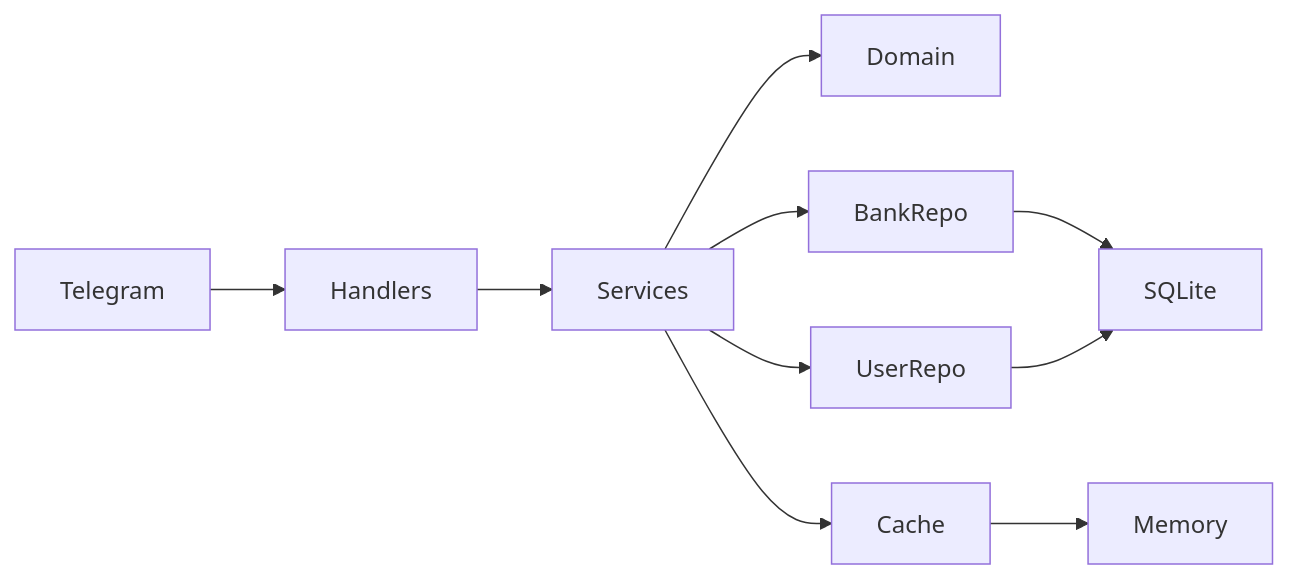
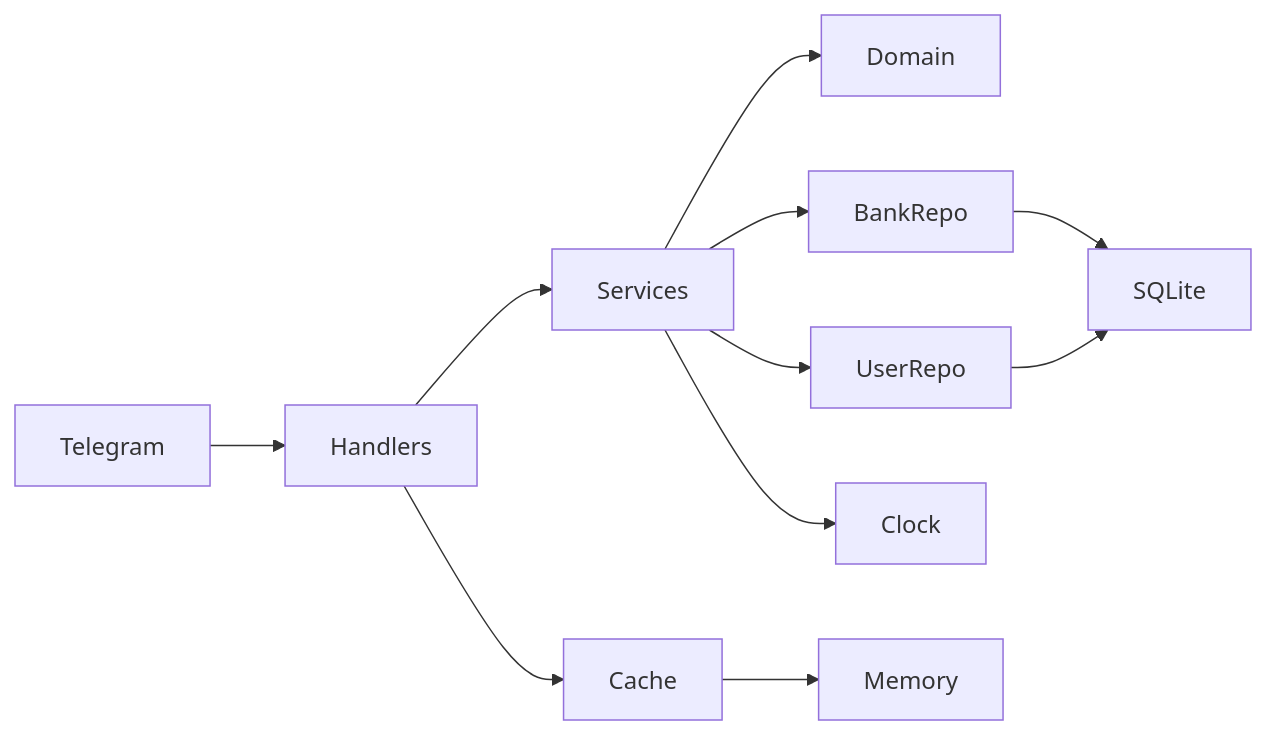
The diagram in plan.md (undochlorine/finbot), drawn with Mermaid before and after one commit. The commit also changed other lines of this file and 26 other files, not shown here.

````diff
--- a/plan.md
+++ b/plan.md
@@ -90,12 +93,13 @@
 ```mermaid
 flowchart LR
   TG[Telegram] --> Handlers
   Handlers --> Services
   Services --> Domain
   Services --> BankRepo
   Services --> UserRepo
-  Services --> Cache
+  Services --> Clock
   BankRepo --> SQLite
   UserRepo --> SQLite
+  Handlers --> Cache
   Cache --> Memory
 ```
````
